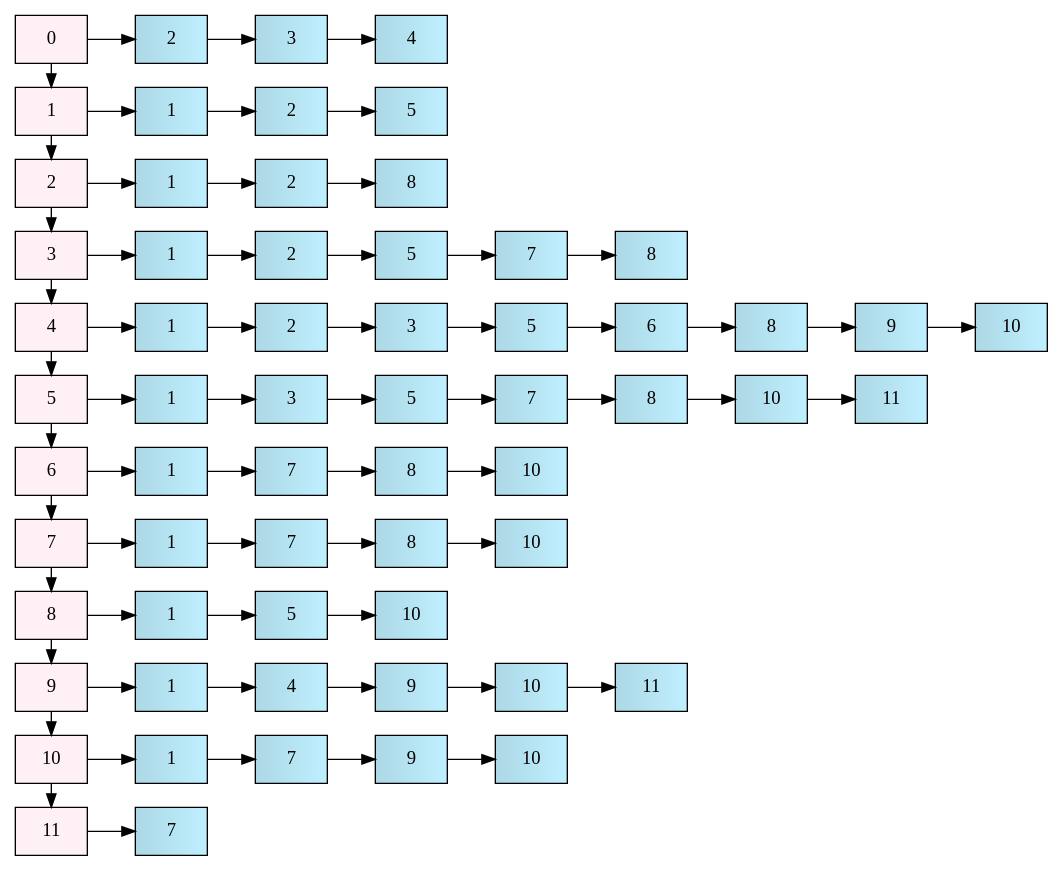
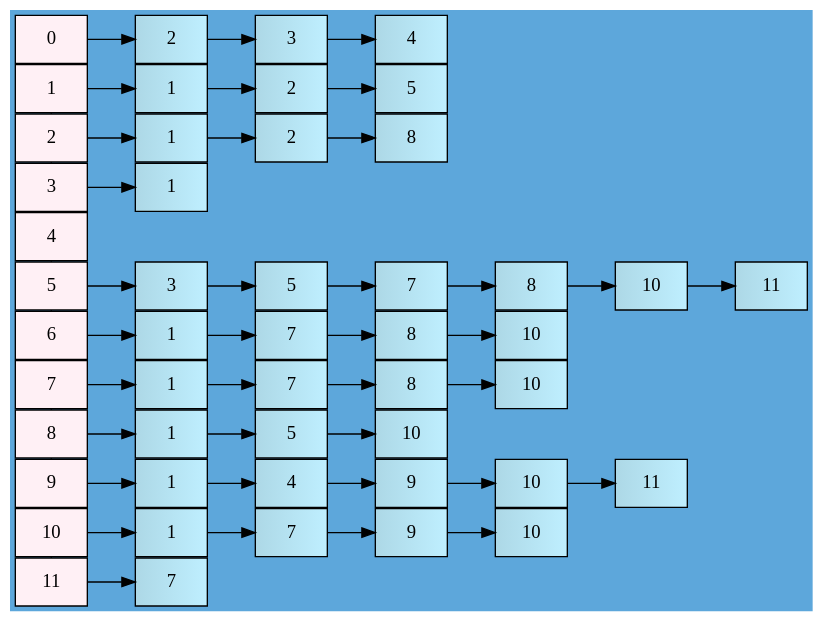
One commit to ASique-4/-EDD_2S-BatallaNaval_202012039 changed the diagram in Fase3/Interfaz/lista.dot. Above: the diagram before and after it, drawn with Graphviz. The commit also changed 14 other files, not shown here.

```diff
--- a/Fase3/Interfaz/lista.dot
+++ b/Fase3/Interfaz/lista.dot
@@ -1,81 +1,69 @@
 digraph G {
 graph [rankdir = LR ]
+nodesep = 0
+bgcolor="#5DA7DB"
 node [ style=filled,shape = box, fillcolor="lavenderblush:lavenderblush1"]
 {rank = same; "i0i" "i1i" "i2i" "i3i" "i4i" "i5i" "i6i" "i7i" "i8i" "i9i" "i10i" "i11i" };
 "i0i" [label = "0"]
 "i1i" [label = "1"]
 "i2i" [label = "2"]
 "i3i" [label = "3"]
 "i4i" [label = "4"]
 "i5i" [label = "5"]
 "i6i" [label = "6"]
 "i7i" [label = "7"]
 "i8i" [label = "8"]
 "i9i" [label = "9"]
 "i10i" [label = "10"]
 "i11i" [label = "11"]
 
-"i0i" ->"i1i" ->"i2i" ->"i3i" ->"i4i" ->"i5i" ->"i6i" ->"i7i" ->"i8i" ->"i9i" ->"i10i" ->"i11i" 
+"i0i" ->"i1i" ->"i2i" ->"i3i" ->"i4i" ->"i5i" ->"i6i" ->"i7i" ->"i8i" ->"i9i" ->"i10i" ->"i11i"  [arrowhead = none]
 i0i2 [label = "2", fillcolor="lightblue:lightblue1"];
 i0i3 [label = "3", fillcolor="lightblue:lightblue1"];
 i0i4 [label = "4", fillcolor="lightblue:lightblue1"];
 i0i->i0i2->i0i3->i0i4
 i1i1 [label = "1", fillcolor="lightblue:lightblue1"];
 i1i2 [label = "2", fillcolor="lightblue:lightblue1"];
 i1i5 [label = "5", fillcolor="lightblue:lightblue1"];
 i1i->i1i1->i1i2->i1i5
 i2i1 [label = "1", fillcolor="lightblue:lightblue1"];
 i2i2 [label = "2", fillcolor="lightblue:lightblue1"];
 i2i8 [label = "8", fillcolor="lightblue:lightblue1"];
 i2i->i2i1->i2i2->i2i8
 i3i1 [label = "1", fillcolor="lightblue:lightblue1"];
-i3i2 [label = "2", fillcolor="lightblue:lightblue1"];
-i3i5 [label = "5", fillcolor="lightblue:lightblue1"];
-i3i7 [label = "7", fillcolor="lightblue:lightblue1"];
-i3i8 [label = "8", fillcolor="lightblue:lightblue1"];
-i3i->i3i1->i3i2->i3i5->i3i7->i3i8
-i4i1 [label = "1", fillcolor="lightblue:lightblue1"];
-i4i2 [label = "2", fillcolor="lightblue:lightblue1"];
-i4i3 [label = "3", fillcolor="lightblue:lightblue1"];
-i4i5 [label = "5", fillcolor="lightblue:lightblue1"];
-i4i6 [label = "6", fillcolor="lightblue:lightblue1"];
-i4i8 [label = "8", fillcolor="lightblue:lightblue1"];
-i4i9 [label = "9", fillcolor="lightblue:lightblue1"];
-i4i10 [label = "10", fillcolor="lightblue:lightblue1"];
-i4i->i4i1->i4i2->i4i3->i4i5->i4i6->i4i8->i4i9->i4i10
-i5i1 [label = "1", fillcolor="lightblue:lightblue1"];
+i3i->i3i1
 i5i3 [label = "3", fillcolor="lightblue:lightblue1"];
 i5i5 [label = "5", fillcolor="lightblue:lightblue1"];
 i5i7 [label = "7", fillcolor="lightblue:lightblue1"];
 i5i8 [label = "8", fillcolor="lightblue:lightblue1"];
 i5i10 [label = "10", fillcolor="lightblue:lightblue1"];
 i5i11 [label = "11", fillcolor="lightblue:lightblue1"];
-i5i->i5i1->i5i3->i5i5->i5i7->i5i8->i5i10->i5i11
+i5i->i5i3->i5i5->i5i7->i5i8->i5i10->i5i11
 i6i1 [label = "1", fillcolor="lightblue:lightblue1"];
 i6i7 [label = "7", fillcolor="lightblue:lightblue1"];
 i6i8 [label = "8", fillcolor="lightblue:lightblue1"];
 i6i10 [label = "10", fillcolor="lightblue:lightblue1"];
 i6i->i6i1->i6i7->i6i8->i6i10
 i7i1 [label = "1", fillcolor="lightblue:lightblue1"];
 i7i7 [label = "7", fillcolor="lightblue:lightblue1"];
 i7i8 [label = "8", fillcolor="lightblue:lightblue1"];
 i7i10 [label = "10", fillcolor="lightblue:lightblue1"];
 i7i->i7i1->i7i7->i7i8->i7i10
 i8i1 [label = "1", fillcolor="lightblue:lightblue1"];
 i8i5 [label = "5", fillcolor="lightblue:lightblue1"];
 i8i10 [label = "10", fillcolor="lightblue:lightblue1"];
 i8i->i8i1->i8i5->i8i10
 i9i1 [label = "1", fillcolor="lightblue:lightblue1"];
 i9i4 [label = "4", fillcolor="lightblue:lightblue1"];
 i9i9 [label = "9", fillcolor="lightblue:lightblue1"];
 i9i10 [label = "10", fillcolor="lightblue:lightblue1"];
 i9i11 [label = "11", fillcolor="lightblue:lightblue1"];
 i9i->i9i1->i9i4->i9i9->i9i10->i9i11
 i10i1 [label = "1", fillcolor="lightblue:lightblue1"];
 i10i7 [label = "7", fillcolor="lightblue:lightblue1"];
 i10i9 [label = "9", fillcolor="lightblue:lightblue1"];
 i10i10 [label = "10", fillcolor="lightblue:lightblue1"];
 i10i->i10i1->i10i7->i10i9->i10i10
 i11i7 [label = "7", fillcolor="lightblue:lightblue1"];
 i11i->i11i7
 }
```
